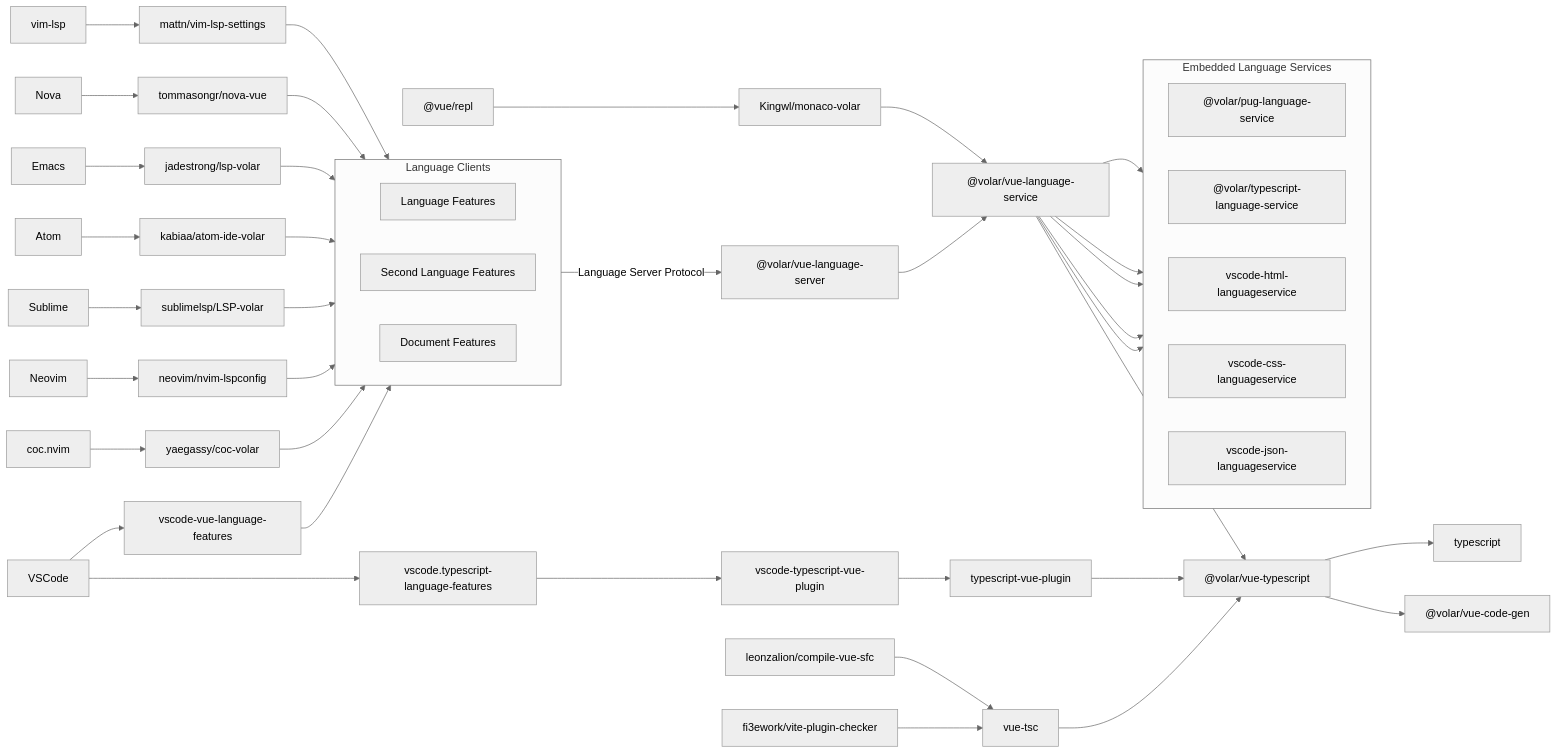
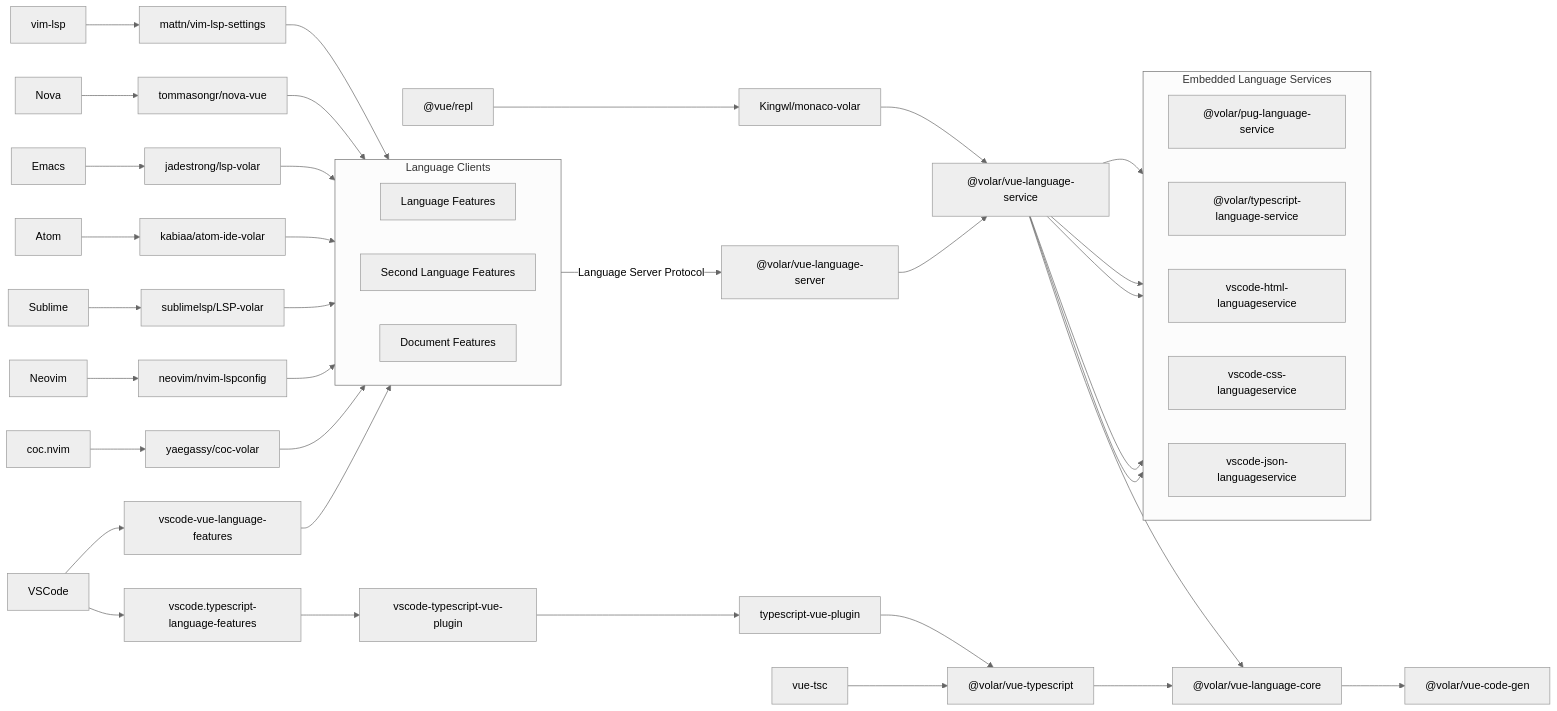
The diagram in README.md (vuejs/language-tools), drawn with Mermaid (neutral theme) before and after one commit. The commit also changed 60 other files, not shown here.

Commit message:
refactor: move TS mapping logic into vue-typescript

````diff
--- a/README.md
+++ b/README.md
@@ -124,6 +124,7 @@
 	%% Volar - Packages
 	VOLAR_VUE_SERVER["@volar/vue-language-server"]
 	VOLAR_VUE_TS["@volar/vue-typescript"]
+	VOLAR_VUE_CORE["@volar/vue-language-core"]
 	VOLAR_VUE_CG["@volar/vue-code-gen"]
 	VOLAR_VUE_SERVICE["@volar/vue-language-service"]
 	VOLAR_PUG_SERVICE["@volar/pug-language-service"]
@@ -148,12 +149,12 @@
 	HTML_SERVICE[vscode-html-languageservice]
 	CSS_SERVICE[vscode-css-languageservice]
 	JSON_SERVICE[vscode-json-languageservice]
-	TS[typescript]
+	%% TS[typescript]
 	VSC_TS[vscode.typescript-language-features]
 	VUE_REPL["@vue/repl"]
 	MONACO_VOLAR[Kingwl/monaco-volar]
-	VITE_PLUGIN_CHECKER[fi3ework/vite-plugin-checker]
-	COMPILE_VUE_SFC[leonzalion/compile-vue-sfc]
+	%% VITE_PLUGIN_CHECKER[fi3ework/vite-plugin-checker]
+	%% COMPILE_VUE_SFC[leonzalion/compile-vue-sfc]
 
 	click HTML_SERVICE "https://github.com/microsoft/vscode-html-languageservice"
 	click CSS_SERVICE "https://github.com/microsoft/vscode-css-languageservice"
@@ -162,8 +163,8 @@
 	click VSC_TS "https://github.com/microsoft/vscode/tree/main/extensions/typescript-language-features"
 	click VUE_REPL "https://github.com/vuejs/repl"
 	click MONACO_VOLAR "https://github.com/Kingwl/monaco-volar"
-	click VITE_PLUGIN_CHECKER "https://github.com/fi3ework/vite-plugin-checker"
-	click COMPILE_VUE_SFC "https://github.com/leonzalion/compile-vue-sfc"
+	%% click VITE_PLUGIN_CHECKER "https://github.com/fi3ework/vite-plugin-checker"
+	%% click COMPILE_VUE_SFC "https://github.com/leonzalion/compile-vue-sfc"
 
 	subgraph VUE_CLIENTS[Language Clients]
 	  direction LR
@@ -213,8 +214,8 @@
 	VSC_TSVP --> TS_VUE_PLUGIN
 	VOLAR_VUE_SERVER --> VOLAR_VUE_SERVICE
 	VUE_TSC --> VOLAR_VUE_TS
-	VITE_PLUGIN_CHECKER --> VUE_TSC
-	COMPILE_VUE_SFC --> VUE_TSC
+	%% VITE_PLUGIN_CHECKER --> VUE_TSC
+	%% COMPILE_VUE_SFC --> VUE_TSC
 	TS_VUE_PLUGIN --> VOLAR_VUE_TS
 
 	VUE_REPL --> MONACO_VOLAR
@@ -223,13 +224,15 @@
 	%% TS_VUE_PLUGIN --> VOLAR_TS_FASTER
 	%% VOLAR_VUE_SERVICE --> VOLAR_TS_FASTER
 
-	VOLAR_VUE_SERVICE --> VOLAR_VUE_TS
+	%% VOLAR_VUE_TS --> TS
+	VOLAR_VUE_TS --> VOLAR_VUE_CORE
+
+	VOLAR_VUE_SERVICE --> VOLAR_VUE_CORE
 	VOLAR_VUE_SERVICE --> VOLAR_TS_SERVICE
 	VOLAR_VUE_SERVICE --> VOLAR_PUG_SERVICE
 	VOLAR_VUE_SERVICE --> HTML_SERVICE
 	VOLAR_VUE_SERVICE --> CSS_SERVICE
 	VOLAR_VUE_SERVICE --> JSON_SERVICE
 
-	VOLAR_VUE_TS --> TS
-	VOLAR_VUE_TS --> VOLAR_VUE_CG
+	VOLAR_VUE_CORE --> VOLAR_VUE_CG
 ```
````
